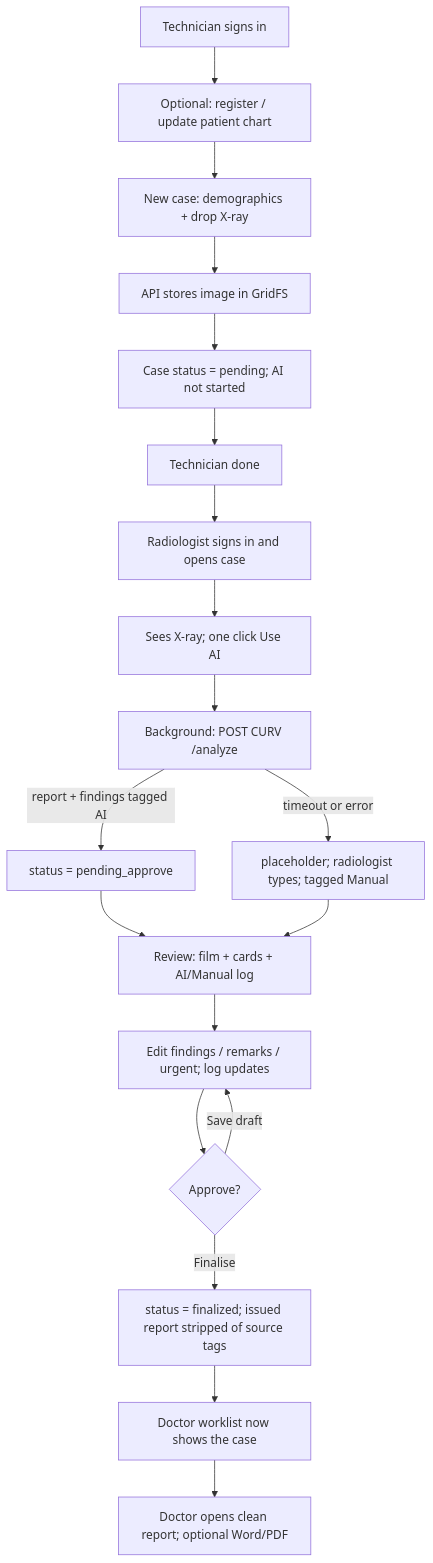
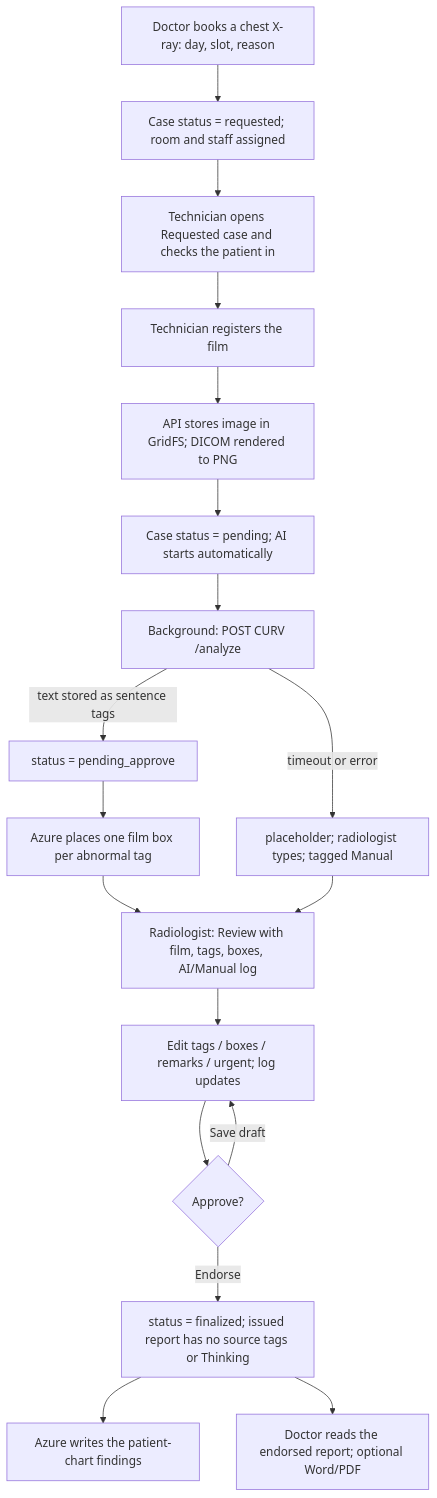
One commit to 23226609/Radassist changed the second of 7 diagrams in docs/fyp-project-plan-and-initial-analysis.md. Above: the diagram before and after it, drawn with Mermaid. The commit also changed other lines of this file and 32 other files, not shown here.

````diff
--- a/docs/fyp-project-plan-and-initial-analysis.md
+++ b/docs/fyp-project-plan-and-initial-analysis.md
@@ -557,21 +566,20 @@
 ```mermaid
 flowchart TD
-  A[Technician signs in] --> B[Optional: register / update patient chart]
-  B --> C[New case: demographics + drop X-ray]
-  C --> D[API stores image in GridFS]
-  D --> E[Case status = pending; AI not started]
-  E --> F[Technician done]
-  F --> G[Radiologist signs in and opens case]
-  G --> H[Sees X-ray; one click Use AI]
-  H --> I[Background: POST CURV /analyze]
-  I -->|report + findings tagged AI| J[status = pending_approve]
+  A[Doctor books a chest X-ray: day, slot, reason] --> A2[Case status = requested; room and staff assigned]
+  A2 --> B[Technician opens Requested case and checks the patient in]
+  B --> C[Technician registers the film]
+  C --> D[API stores image in GridFS; DICOM rendered to PNG]
+  D --> E[Case status = pending; AI starts automatically]
+  E --> I[Background: POST CURV /analyze]
+  I -->|text stored as sentence tags| J[status = pending_approve]
   I -->|timeout or error| K[placeholder; radiologist types; tagged Manual]
-  J --> L[Review: film + cards + AI/Manual log]
+  J --> AZ[Azure places one film box per abnormal tag]
+  AZ --> L[Radiologist: Review with film, tags, boxes, AI/Manual log]
   K --> L
-  L --> M[Edit findings / remarks / urgent; log updates]
+  L --> M[Edit tags / boxes / remarks / urgent; log updates]
   M --> N{Approve?}
   N -->|Save draft| M
-  N -->|Finalise| O[status = finalized; issued report stripped of source tags]
-  O --> P[Doctor worklist now shows the case]
-  P --> Q[Doctor opens clean report; optional Word/PDF]
+  N -->|Endorse| O[status = finalized; issued report has no source tags or Thinking]
+  O --> P[Azure writes the patient-chart findings]
+  O --> Q[Doctor reads the endorsed report; optional Word/PDF]
 ```
````
